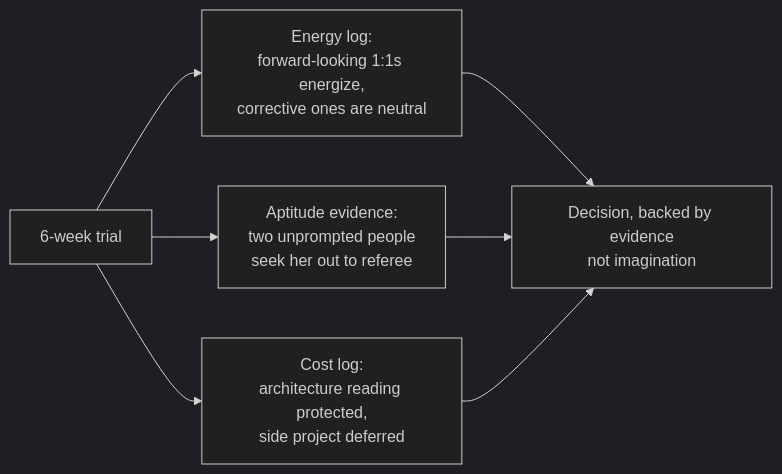
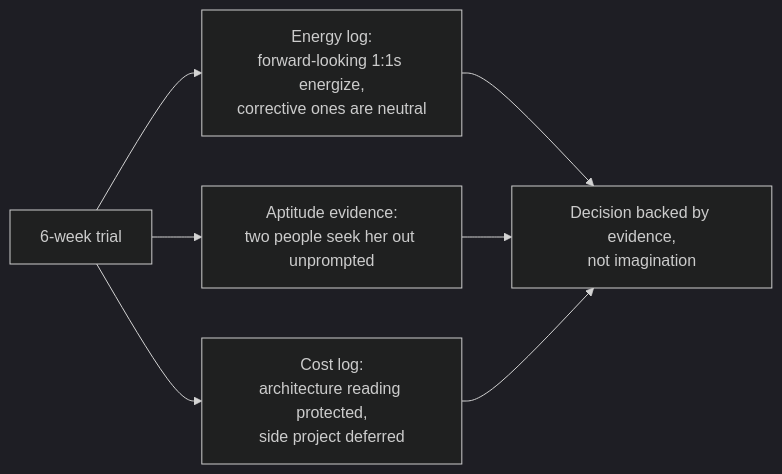
Before and after one commit to francoandreDev/knowledge: the diagram in src/content/career-craft/ic-em-tracks/L3-deep-dive.mdx, drawn with Mermaid (dark theme). The commit also changed other lines of this file and 3 other files, not shown here.

````diff
--- a/src/content/career-craft/ic-em-tracks/L3-deep-dive.mdx
+++ b/src/content/career-craft/ic-em-tracks/L3-deep-dive.mdx
@@ -46,9 +48,9 @@
 ```mermaid
 flowchart LR
     T["6-week trial"] --> E["Energy log:\nforward-looking 1:1s energize,\ncorrective ones are neutral"]
-    T --> A["Aptitude evidence:\ntwo unprompted people\nseek her out to referee"]
+    T --> A["Aptitude evidence:\ntwo people seek her out unprompted"]
     T --> C["Cost log:\narchitecture reading protected,\nside project deferred"]
-    E --> D["Decision, backed by evidence\nnot imagination"]
+    E --> D["Decision backed by evidence,\nnot imagination"]
     A --> D
     C --> D
 ```
````
